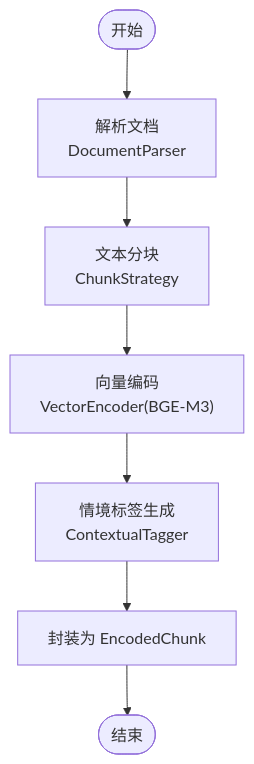
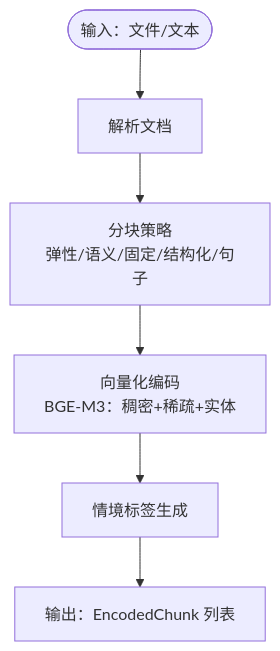
The third of 8 diagrams in .qoder/repowiki/zh/content/项目概述/技术架构概览.md (JieGaoPrinceton/NecoRAG), drawn with Mermaid before and after one commit. The commit also changed other lines of this file and 222 other files, not shown here.

````diff
--- a/.qoder/repowiki/zh/content/项目概述/技术架构概览.md
+++ b/.qoder/repowiki/zh/content/项目概述/技术架构概览.md
@@ -138,9 +156,8 @@
 ```mermaid
 flowchart TD
-Start(["开始"]) --> Parse["解析文档<br/>DocumentParser"]
-Parse --> Chunk["文本分块<br/>ChunkStrategy"]
-Chunk --> Encode["向量编码<br/>VectorEncoder(BGE-M3)"]
-Encode --> Tag["情境标签生成<br/>ContextualTagger"]
-Tag --> Wrap["封装为 EncodedChunk"]
-Wrap --> End(["结束"])
+Start(["输入：文件/文本"]) --> Parse["解析文档"]
+Parse --> Chunk["分块策略<br/>弹性/语义/固定/结构化/句子"]
+Chunk --> Encode["向量化编码<br/>BGE-M3：稠密+稀疏+实体"]
+Encode --> Tag["情境标签生成"]
+Tag --> Out["输出：EncodedChunk 列表"]
 ```
````
